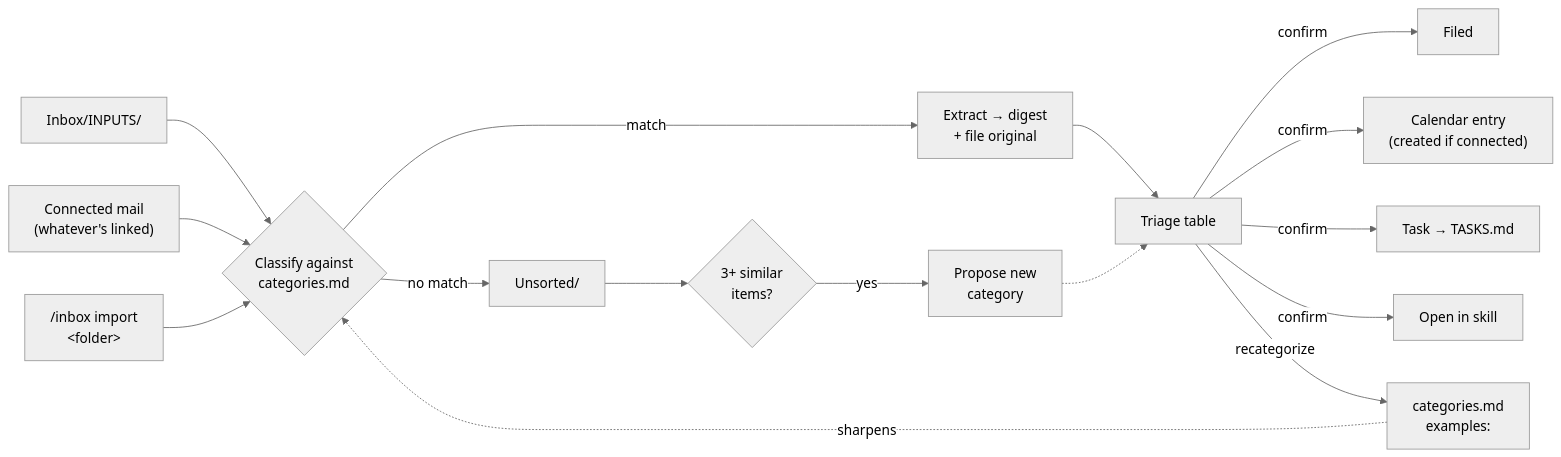
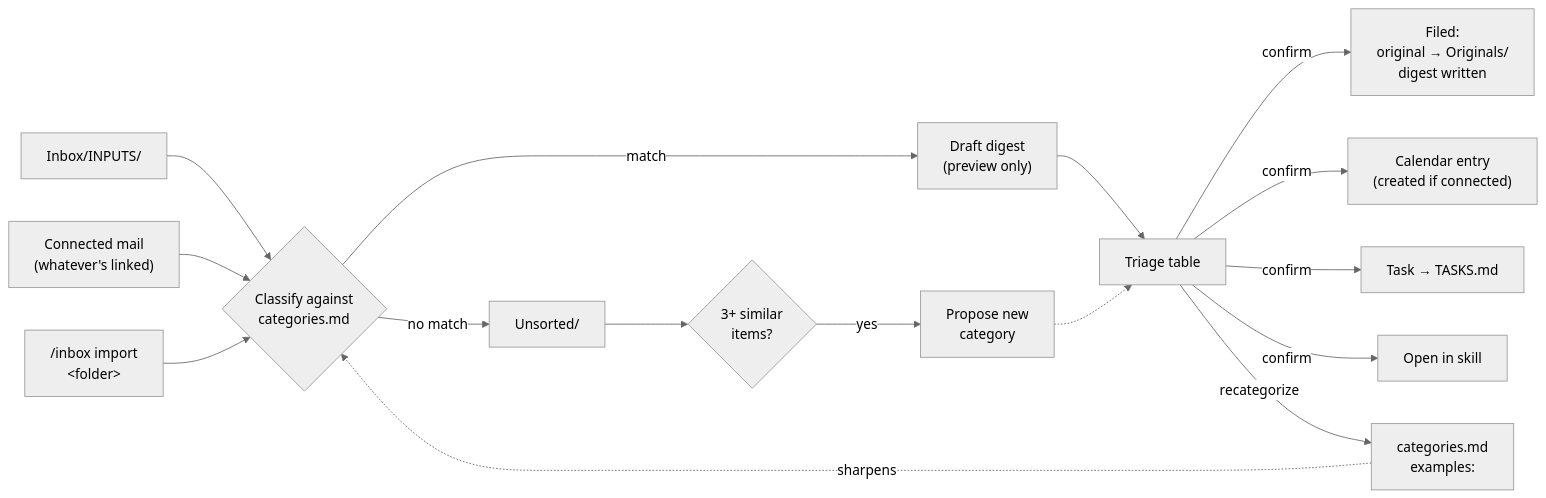
The diagram in README.md (googlarz/personal-inbox), drawn with Mermaid (neutral theme) before and after one commit. The commit also changed 2 other files, not shown here.

````diff
--- a/README.md
+++ b/README.md
@@ -53,29 +53,29 @@
 ```mermaid
 flowchart LR
     drop["Inbox/INPUTS/"]
     mail["Connected mail<br/>(whatever's linked)"]
     import["/inbox import<br/>&lt;folder&gt;"]
     classify{"Classify against<br/>categories.md"}
-    extract["Extract → digest<br/>+ file original"]
+    draft["Draft digest<br/>(preview only)"]
     unsorted["Unsorted/"]
     pattern{"3+ similar<br/>items?"}
     newcat["Propose new<br/>category"]
     triage["Triage table"]
-    file["Filed"]
+    file["Filed:<br/>original → Originals/<br/>digest written"]
     cal["Calendar entry<br/>(created if connected)"]
     task["Task → TASKS.md"]
     skill["Open in skill"]
     examples["categories.md<br/>examples:"]
 
     drop --> classify
     mail --> classify
     import --> classify
-    classify -->|match| extract --> triage
+    classify -->|match| draft --> triage
     classify -->|no match| unsorted --> pattern
     pattern -->|yes| newcat -.-> triage
     triage -->|confirm| file
     triage -->|confirm| cal
     triage -->|confirm| task
     triage -->|confirm| skill
     triage -->|recategorize| examples -. sharpens .-> classify
 ```
````
